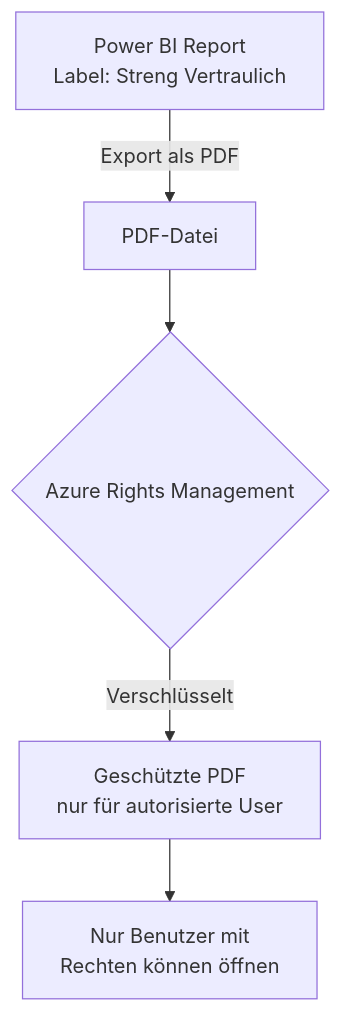
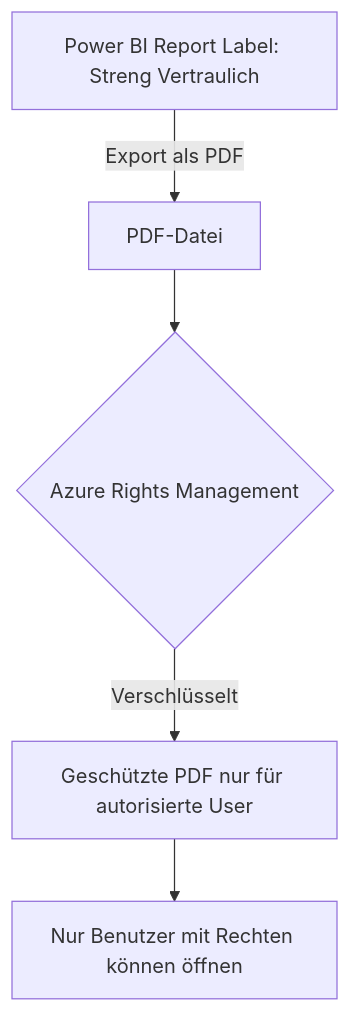
One commit to SoniiiT/notes-n-docs changed the fourth of 7 diagrams in Microsoft 365/Azure/Fabric/Microsoft Purview in Fabric.md. Above: the diagram before and after it, drawn with Mermaid. The commit also changed other lines of this file and 124 other files, not shown here.

First line of the commit message:
fix: Entferne \n aus allen Mermaid-Diagrammen (125 Dateien)

````diff
--- a/Microsoft 365/Azure/Fabric/Microsoft Purview in Fabric.md
+++ b/Microsoft 365/Azure/Fabric/Microsoft Purview in Fabric.md
@@ -145,7 +145,7 @@
 ```mermaid
 graph TD
-    A[Power BI Report\nLabel: Streng Vertraulich] -->|Export als PDF| B[PDF-Datei]
+    A[Power BI Report Label: Streng Vertraulich] -->|Export als PDF| B[PDF-Datei]
     B --> C{Azure Rights Management}
-    C -->|Verschlüsselt| D[Geschützte PDF\nnur für autorisierte User]
-    D --> E[Nur Benutzer mit\nRechten können öffnen]
+    C -->|Verschlüsselt| D[Geschützte PDF nur für autorisierte User]
+    D --> E[Nur Benutzer mit Rechten können öffnen]
 ```
````
